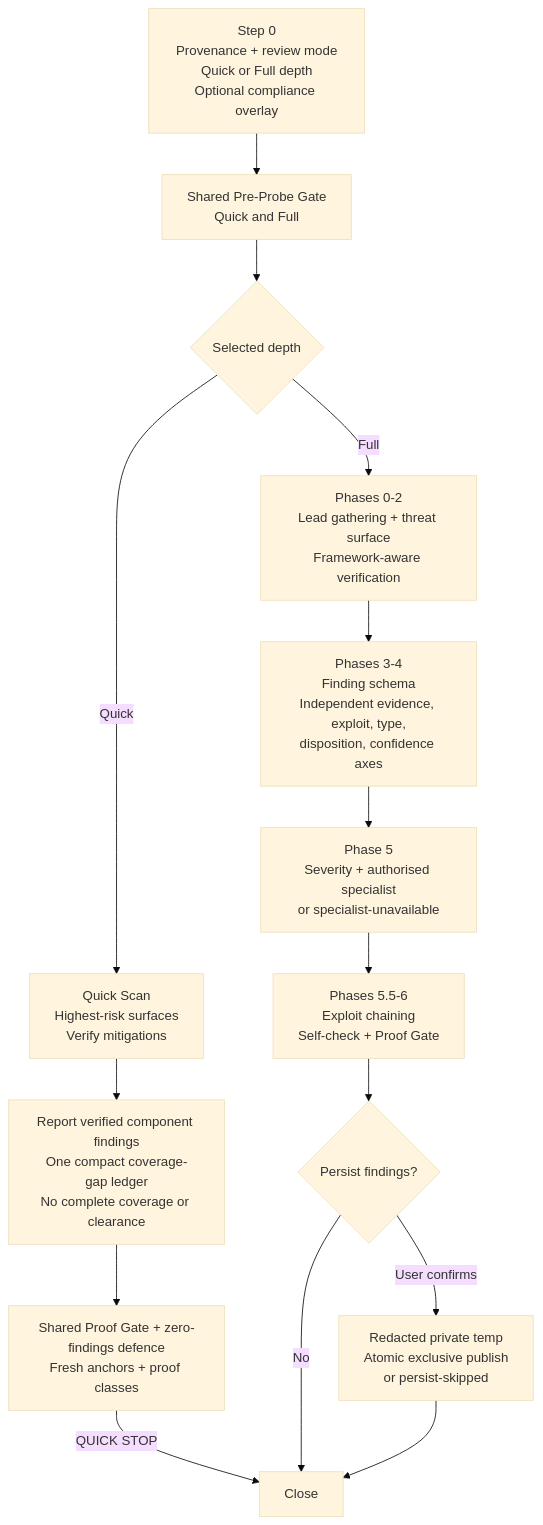
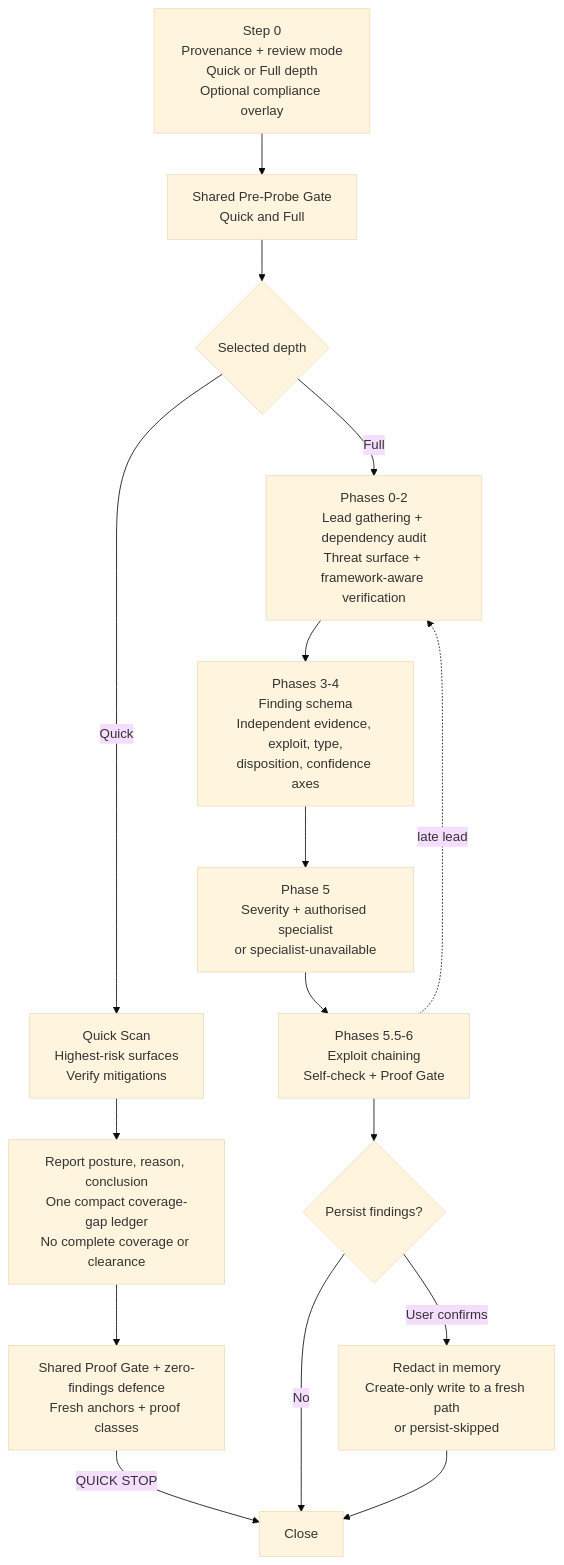
One commit to blundergoat/goat-flow changed the eighth of 9 diagrams in docs/skills.md. Above: the diagram before and after it, drawn with Mermaid (base theme). The commit also changed other lines of this file and 25 other files, not shown here.

````diff
--- a/docs/skills.md
+++ b/docs/skills.md
@@ -300,17 +300,18 @@
 ```mermaid
 flowchart TD
     S0["Step 0\nProvenance + review mode\nQuick or Full depth\nOptional compliance overlay"] --> Probe["Shared Pre-Probe Gate\nQuick and Full"]
     Probe --> Depth{"Selected depth"}
     Depth -->|Quick| Q1["Quick Scan\nHighest-risk surfaces\nVerify mitigations"]
-    Q1 --> Q2["Report verified component findings\nOne compact coverage-gap ledger\nNo complete coverage or clearance"]
+    Q1 --> Q2["Report posture, reason, conclusion\nOne compact coverage-gap ledger\nNo complete coverage or clearance"]
     Q2 --> QP["Shared Proof Gate + zero-findings defence\nFresh anchors + proof classes"]
     QP -->|"QUICK STOP"| Close["Close"]
-    Depth -->|Full| P1["Phases 0-2\nLead gathering + threat surface\nFramework-aware verification"]
+    Depth -->|Full| P1["Phases 0-2\nLead gathering + dependency audit\nThreat surface + framework-aware verification"]
     P1 --> P2["Phases 3-4\nFinding schema\nIndependent evidence, exploit, type,\ndisposition, confidence axes"]
     P2 --> P3["Phase 5\nSeverity + authorised specialist\nor specialist-unavailable"]
     P3 --> P4["Phases 5.5-6\nExploit chaining\nSelf-check + Proof Gate"]
+    P4 -.->|"late lead"| P1
     P4 --> Persist{"Persist findings?"}
     Persist -->|No| Close
-    Persist -->|User confirms| Log["Redacted private temp\nAtomic exclusive publish\nor persist-skipped"]
+    Persist -->|User confirms| Log["Redact in memory\nCreate-only write to a fresh path\nor persist-skipped"]
     Log --> Close
 ```
````
